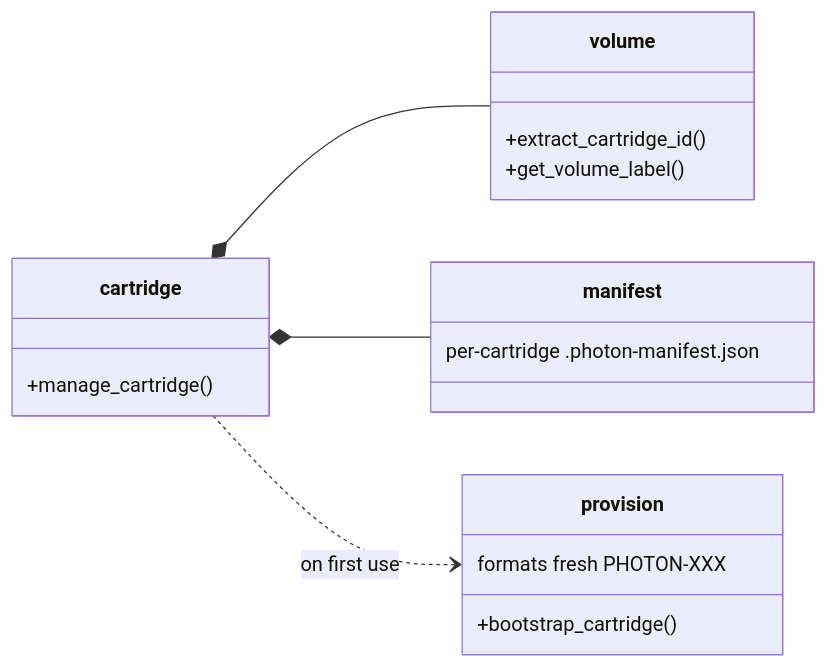
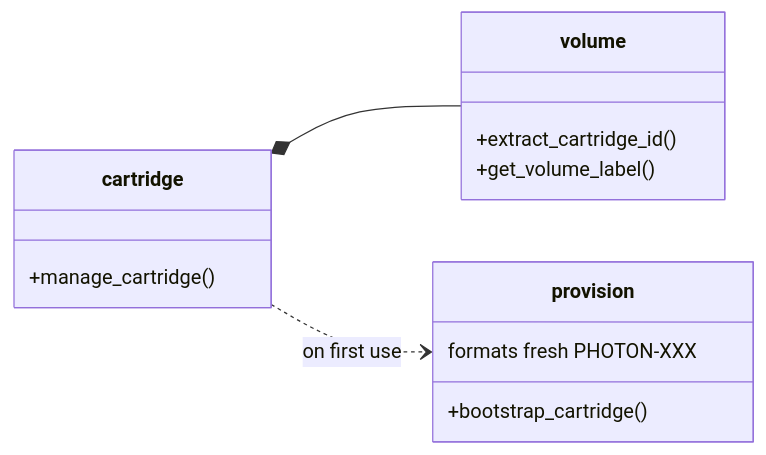
One commit to Ajam1997/PHOTONFORGE_Photo-Workflow changed the fourth of 4 diagrams in dev-docs/architecture/module-bdd.md. Above: the diagram before and after it, drawn with Mermaid. The commit also changed other lines of this file and 42 other files, not shown here.

````diff
--- a/dev-docs/architecture/module-bdd.md
+++ b/dev-docs/architecture/module-bdd.md
@@ -182,23 +179,19 @@
 ```mermaid
 classDiagram
     direction LR
 
     class cartridge {
         +manage_cartridge()
     }
     class volume {
         +extract_cartridge_id()
         +get_volume_label()
     }
-    class manifest {
-        per-cartridge .photon-manifest.json
-    }
     class provision {
         +bootstrap_cartridge()
         formats fresh PHOTON-XXX
     }
 
     cartridge *-- volume
-    cartridge *-- manifest
     cartridge ..> provision : on first use
 ```
````
